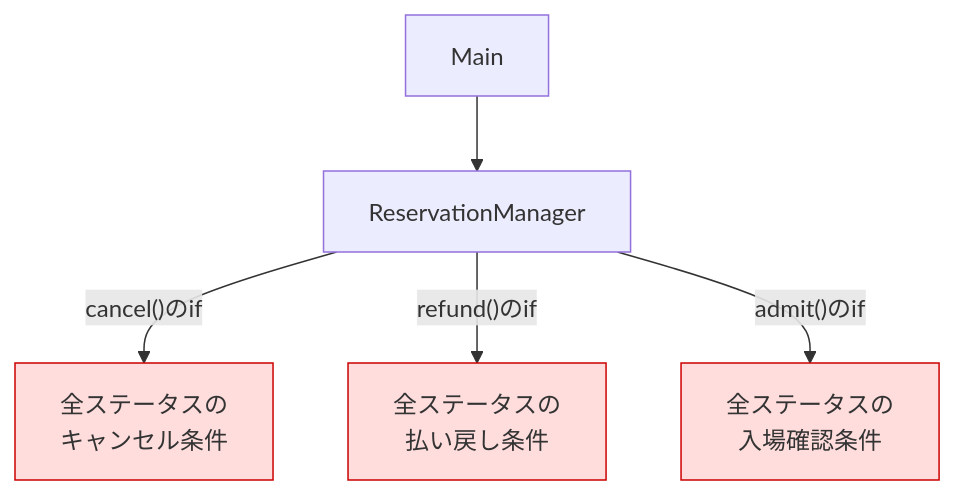
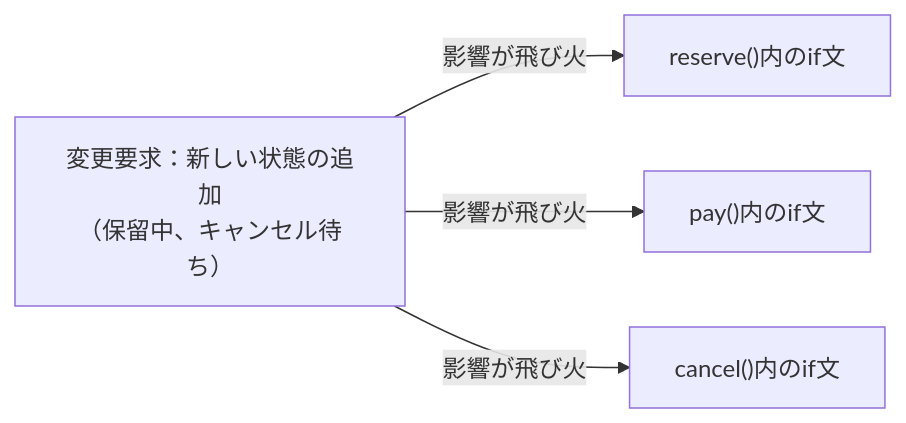
The third of 7 diagrams in kindle/design-patterns/output/chapter03.md (kumachan1101-pixel/DesignPattern), drawn with Mermaid before and after one commit. The commit also changed other lines of this file and 11 other files, not shown here.

````diff
--- a/kindle/design-patterns/output/chapter03.md
+++ b/kindle/design-patterns/output/chapter03.md
@@ -119,11 +233,7 @@
 ```mermaid
-graph TD
-    Main --> ReservationManager
-    ReservationManager -->|"cancel()のif"| StatusLogic["全ステータスの<br/>キャンセル条件"]
-    ReservationManager -->|"refund()のif"| RefundLogic["全ステータスの<br/>払い戻し条件"]
-    ReservationManager -->|"admit()のif"| AdmitLogic["全ステータスの<br/>入場確認条件"]
+graph LR
+    T1["変更要求：新しい状態の追加<br>（保留中、キャンセル待ち）"] -->|"影響が飛び火"| A["reserve()内のif文"]
+    T1 -->|"影響が飛び火"| B["pay()内のif文"]
+    T1 -->|"影響が飛び火"| C["cancel()内のif文"]
 
-    style StatusLogic fill:#ffdddd,stroke:#cc0000
-    style RefundLogic fill:#ffdddd,stroke:#cc0000
-    style AdmitLogic fill:#ffdddd,stroke:#cc0000
 ```
````
